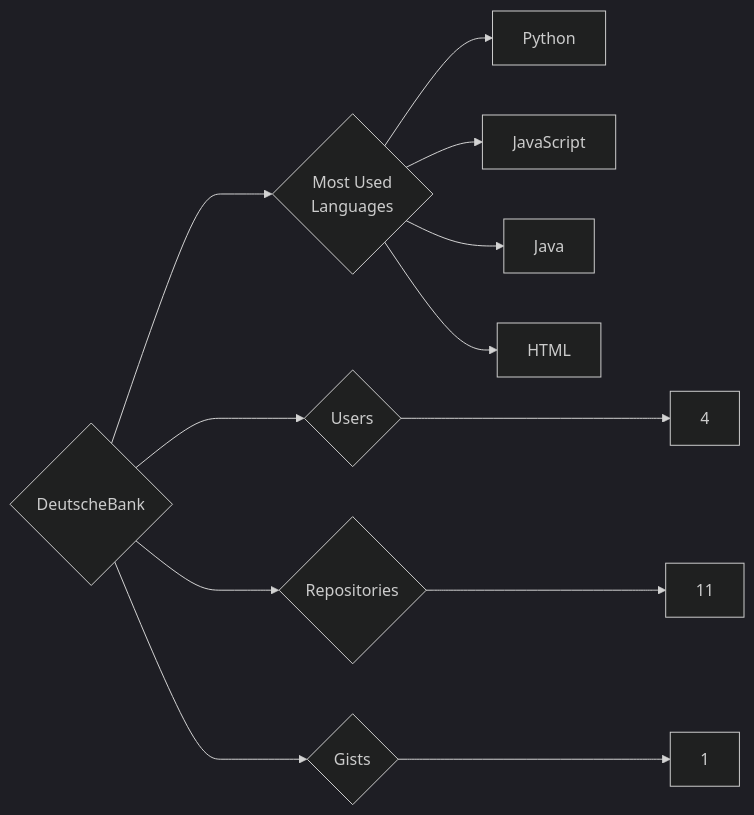
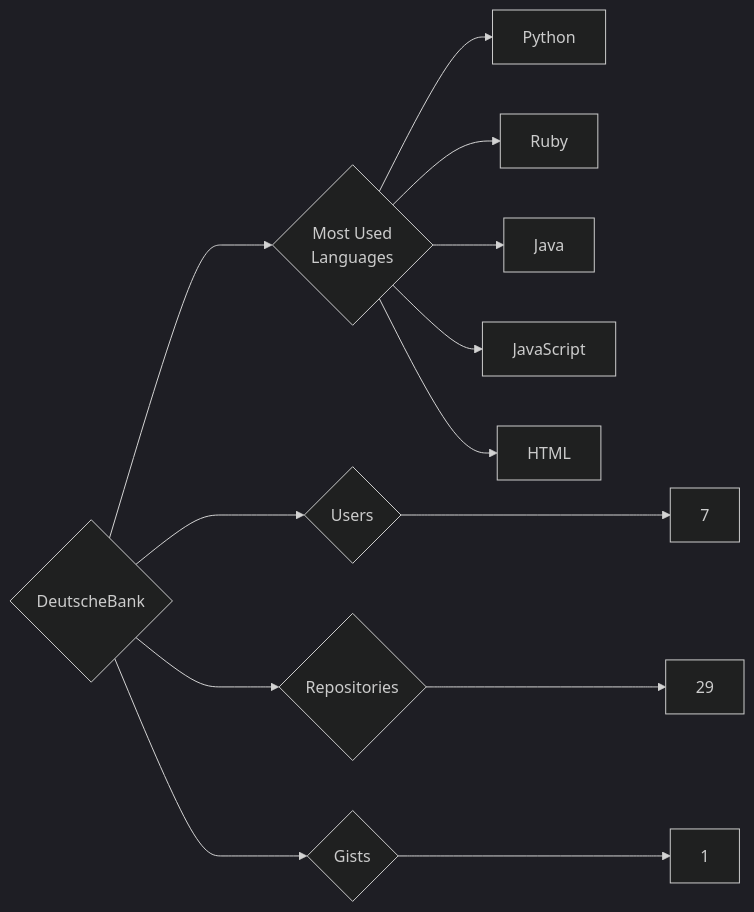
One commit to trickest/insiders changed the diagram in targets/DeutscheBank/README.md. Above: the diagram before and after it, drawn with Mermaid (dark theme). The commit also changed 1055 other files, not shown here.

````diff
--- a/targets/DeutscheBank/README.md
+++ b/targets/DeutscheBank/README.md
@@ -3,12 +3,13 @@
 ```mermaid
 graph LR
 COMPANY_NAME{DeutscheBank}
-COMPANY_NAME ---> U{Users} ---> UN[4]
-COMPANY_NAME ---> R{Repositories} ---> RN[11]
+COMPANY_NAME ---> U{Users} ---> UN[7]
+COMPANY_NAME ---> R{Repositories} ---> RN[29]
 COMPANY_NAME ---> G{Gists} ---> GN[1]
 COMPANY_NAME ---> ML{Most Used<br>Languages}
 ML --> Python[Python]
+ML --> Ruby[Ruby]
+ML --> Java[Java]
 ML --> JavaScript[JavaScript]
-ML --> Java[Java]
 ML --> HTML[HTML]
 ```
````
